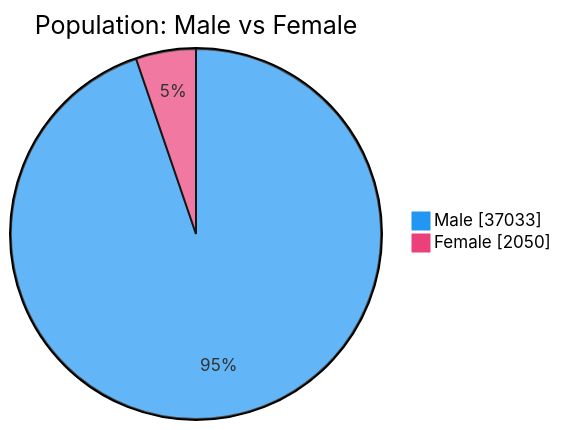
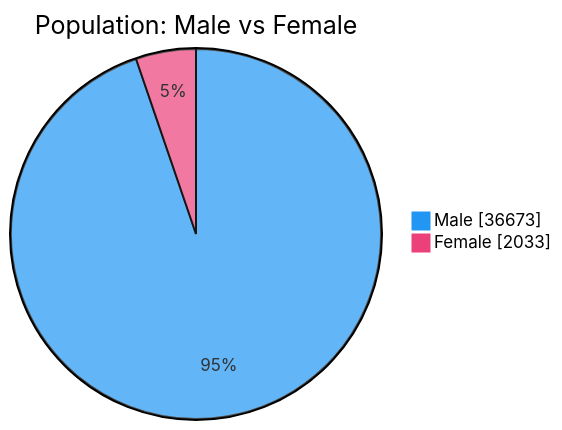
The second of 7 diagrams in README.md (nuuuwan/lk_prisons), drawn with Mermaid before and after one commit. The commit also changed other lines of this file and 1 other file, not shown here.

````diff
--- a/README.md
+++ b/README.md
@@ -54,6 +54,6 @@
 ```mermaid
 %%{init: {'themeVariables': {'pie1': '#2196F3', 'pie2': '#EC407A'}}}%%
 pie showData title Population: Male vs Female
-    "Male" : 37033
-    "Female" : 2050
+    "Male" : 36673
+    "Female" : 2033
 ```
````
